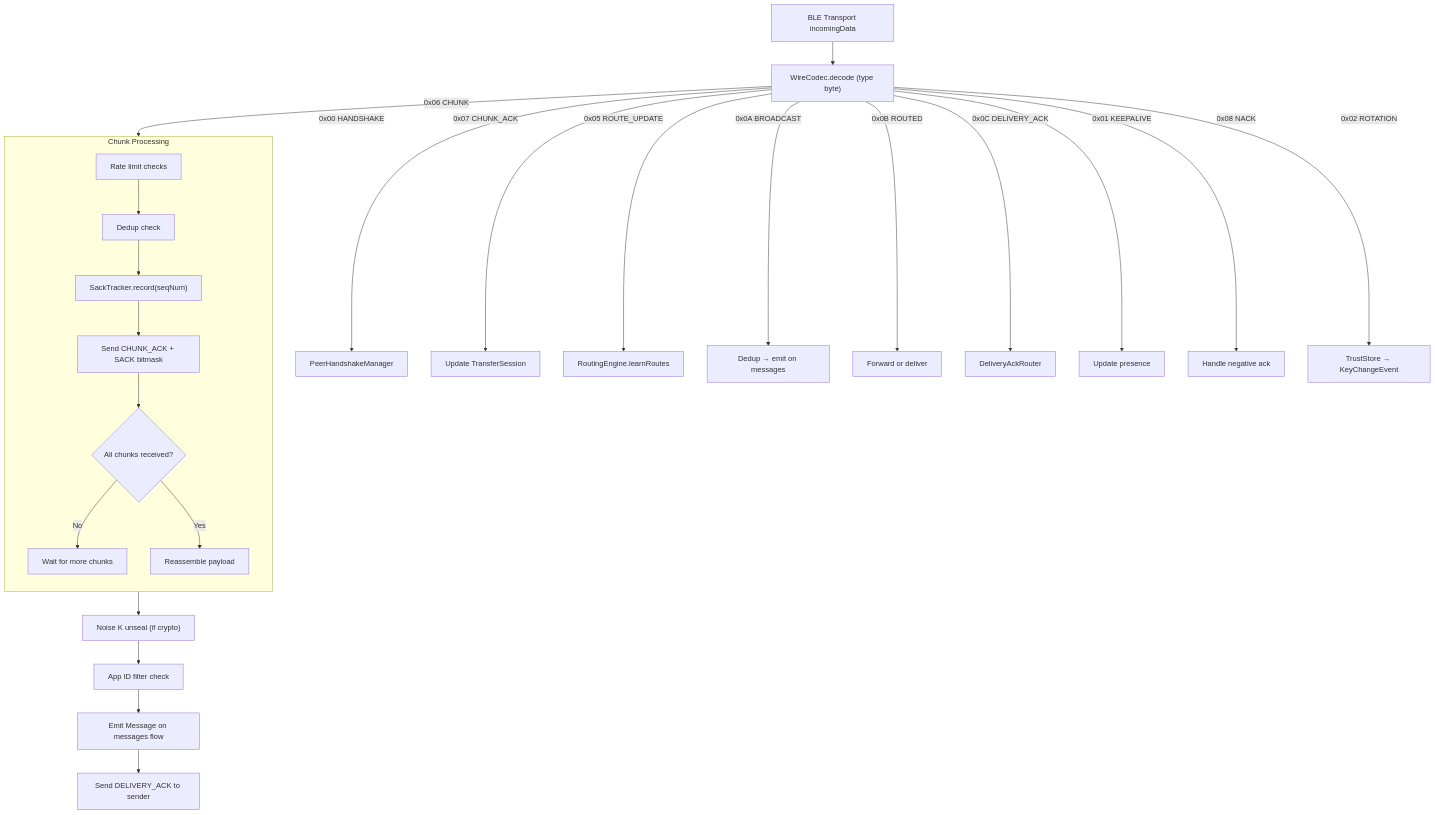
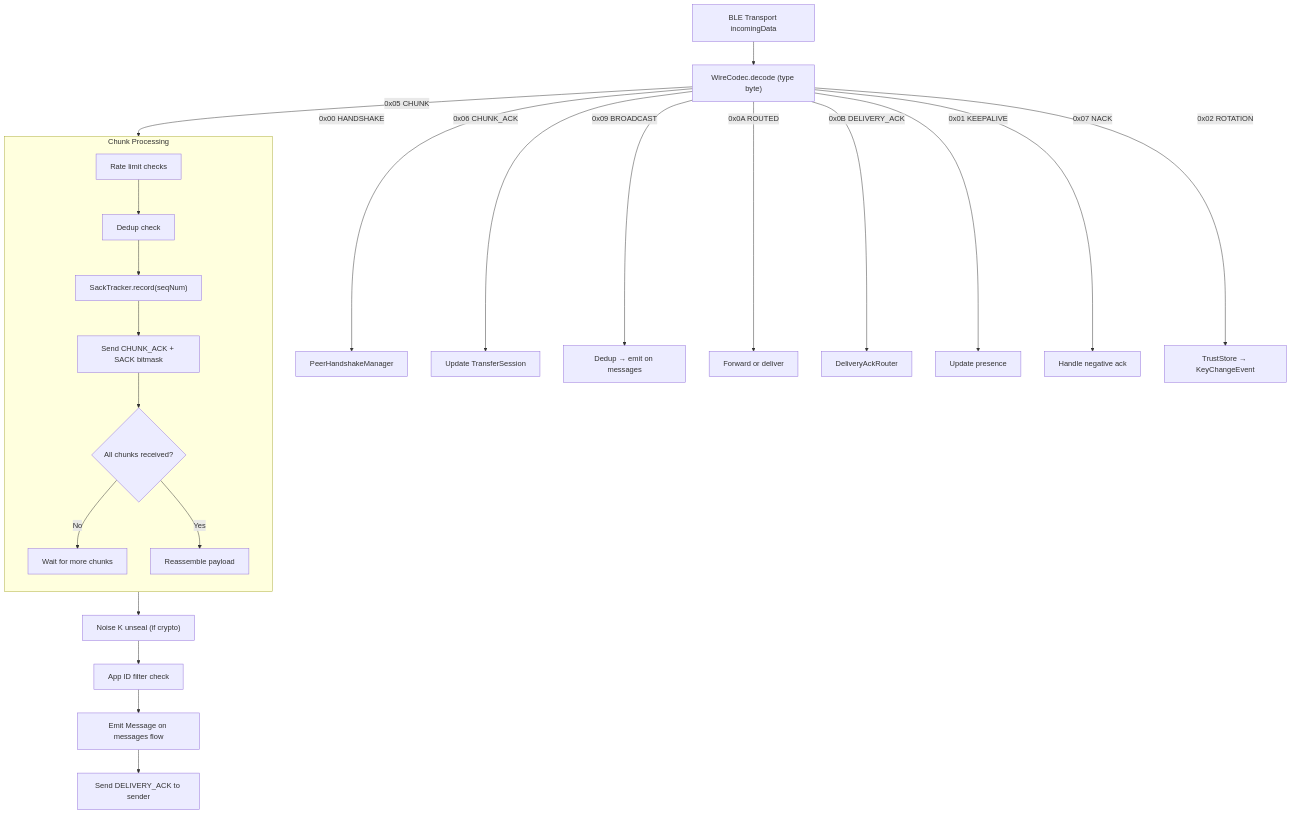
The third of 4 diagrams in docs/architecture.md (trancee/MeshLink), drawn with Mermaid before and after one commit. The commit also changed other lines of this file and 27 other files, not shown here.

````diff
--- a/docs/architecture.md
+++ b/docs/architecture.md
@@ -266,30 +266,29 @@
 ```mermaid
 flowchart TD
     BLE["BLE Transport incomingData"] --> Decode["WireCodec.decode (type byte)"]
 
     Decode --> |"0x00 HANDSHAKE"| Handshake["PeerHandshakeManager"]
-    Decode --> |"0x06 CHUNK"| ChunkPipeline
-    Decode --> |"0x07 CHUNK_ACK"| AckUpdate["Update TransferSession"]
-    Decode --> |"0x05 ROUTE_UPDATE"| RouteLearn["RoutingEngine.learnRoutes"]
-    Decode --> |"0x0A BROADCAST"| Broadcast["Dedup → emit on messages"]
-    Decode --> |"0x0B ROUTED"| RoutedMsg["Forward or deliver"]
-    Decode --> |"0x0C DELIVERY_ACK"| DelAck["DeliveryAckRouter"]
+    Decode --> |"0x05 CHUNK"| ChunkPipeline
+    Decode --> |"0x06 CHUNK_ACK"| AckUpdate["Update TransferSession"]
+    Decode --> |"0x09 BROADCAST"| Broadcast["Dedup → emit on messages"]
+    Decode --> |"0x0A ROUTED"| RoutedMsg["Forward or deliver"]
+    Decode --> |"0x0B DELIVERY_ACK"| DelAck["DeliveryAckRouter"]
     Decode --> |"0x01 KEEPALIVE"| Keepalive["Update presence"]
-    Decode --> |"0x08 NACK"| Nack["Handle negative ack"]
+    Decode --> |"0x07 NACK"| Nack["Handle negative ack"]
     Decode --> |"0x02 ROTATION"| Rotation["TrustStore → KeyChangeEvent"]
 
     subgraph ChunkPipeline["Chunk Processing"]
         direction TB
         C1["Rate limit checks"] --> C2["Dedup check"]
         C2 --> C3["SackTracker.record(seqNum)"]
         C3 --> C4["Send CHUNK_ACK + SACK bitmask"]
         C4 --> C5{"All chunks received?"}
         C5 -->|No| Wait["Wait for more chunks"]
         C5 -->|Yes| Reassemble["Reassemble payload"]
     end
 
     Reassemble --> Unseal["Noise K unseal (if crypto)"]
     Unseal --> Filter["App ID filter check"]
     Filter --> Emit["Emit Message on messages flow"]
     Emit --> SendAck["Send DELIVERY_ACK to sender"]
 ```
````
